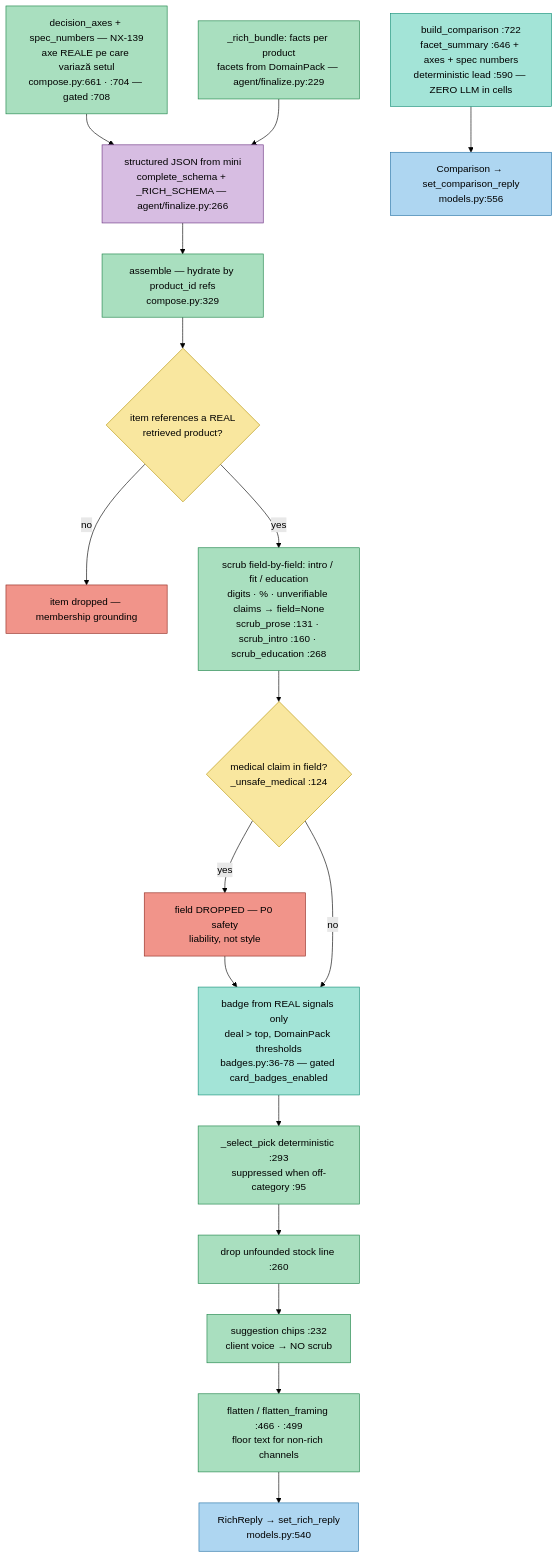
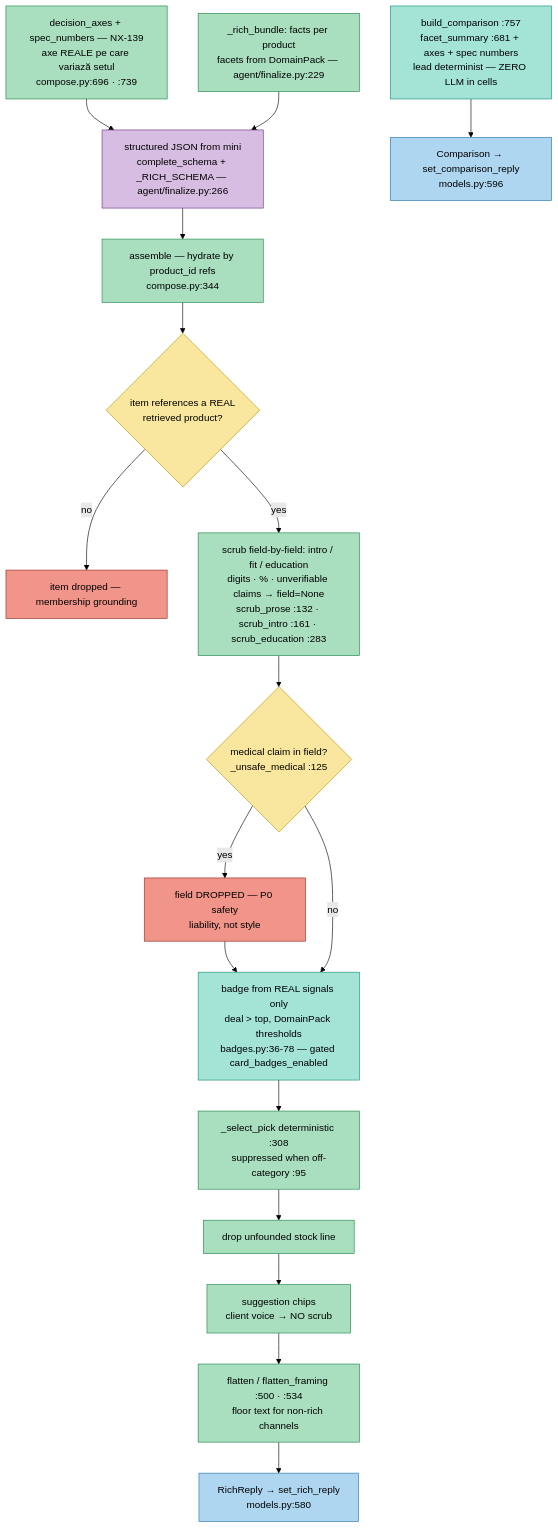
One commit to AdiBoaru/Sales-Ass changed the eighth of 14 diagrams in docs/ARCHITECTURE-WORKFLOWS.md. Above: the diagram before and after it, drawn with Mermaid (forest theme). The commit also changed other lines of this file, not shown here.

First line of the commit message:
docs: verificare simbol-cu-simbol a diagramelor 1/2/4c/7/8/9/10 — 58 pointeri reparati

````diff
--- a/docs/ARCHITECTURE-WORKFLOWS.md
+++ b/docs/ARCHITECTURE-WORKFLOWS.md
@@ -658,41 +658,41 @@
 ```mermaid
 flowchart TD
   classDef dec fill:#f9e79f,stroke:#b7950b,color:#000
   classDef llm fill:#d7bde2,stroke:#6c3483,color:#000
   classDef free fill:#a3e4d7,stroke:#148f77,color:#000
   classDef out fill:#aed6f1,stroke:#2874a6,color:#000
   classDef step fill:#a9dfbf,stroke:#1e8449,color:#000
   classDef err fill:#f1948a,stroke:#922b21,color:#000
 
-  AXES["decision_axes + spec_numbers — NX-139<br/>axe REALE pe care variază setul<br/>compose.py:661 · :704 — gated :708"]:::step
+  AXES["decision_axes + spec_numbers — NX-139<br/>axe REALE pe care variază setul<br/>compose.py:696 · :739"]:::step
   BNDL["_rich_bundle: facts per product<br/>facets from DomainPack — agent/finalize.py:229"]:::step
   JIN["structured JSON from mini<br/>complete_schema + _RICH_SCHEMA — agent/finalize.py:266"]:::llm
 
-  ASM["assemble — hydrate by product_id refs<br/>compose.py:329"]:::step
+  ASM["assemble — hydrate by product_id refs<br/>compose.py:344"]:::step
   MEM{"item references a REAL<br/>retrieved product?"}:::dec
   DROPI["item dropped — membership grounding"]:::err
 
-  SCRB["scrub field-by-field: intro / fit / education<br/>digits · % · unverifiable claims → field=None<br/>scrub_prose :131 · scrub_intro :160 · scrub_education :268"]:::step
-  MED{"medical claim in field?<br/>_unsafe_medical :124"}:::dec
+  SCRB["scrub field-by-field: intro / fit / education<br/>digits · % · unverifiable claims → field=None<br/>scrub_prose :132 · scrub_intro :161 · scrub_education :283"]:::step
+  MED{"medical claim in field?<br/>_unsafe_medical :125"}:::dec
   DROPF["field DROPPED — P0 safety<br/>liability, not style"]:::err
 
   BDG["badge from REAL signals only<br/>deal > top, DomainPack thresholds<br/>badges.py:36-78 — gated card_badges_enabled"]:::free
-  PICK["_select_pick deterministic :293<br/>suppressed when off-category :95"]:::step
-  STK["drop unfounded stock line :260"]:::step
-  CHIPS["suggestion chips :232<br/>client voice → NO scrub"]:::step
-  FLAT["flatten / flatten_framing :466 · :499<br/>floor text for non-rich channels"]:::step
-  OUTR["RichReply → set_rich_reply<br/>models.py:540"]:::out
+  PICK["_select_pick deterministic :308<br/>suppressed when off-category :95"]:::step
+  STK["drop unfounded stock line"]:::step
+  CHIPS["suggestion chips<br/>client voice → NO scrub"]:::step
+  FLAT["flatten / flatten_framing :500 · :534<br/>floor text for non-rich channels"]:::step
+  OUTR["RichReply → set_rich_reply<br/>models.py:580"]:::out
 
-  CMPB["build_comparison :722<br/>facet_summary :646 + axes + spec numbers<br/>deterministic lead :590 — ZERO LLM in cells"]:::free
-  OUTC["Comparison → set_comparison_reply<br/>models.py:556"]:::out
+  CMPB["build_comparison :757<br/>facet_summary :681 + axes + spec numbers<br/>lead determinist — ZERO LLM in cells"]:::free
+  OUTC["Comparison → set_comparison_reply<br/>models.py:596"]:::out
 
   AXES --> JIN
   BNDL --> JIN
   JIN --> ASM --> MEM
   MEM -- no --> DROPI
   MEM -- yes --> SCRB --> MED
   MED -- yes --> DROPF --> BDG
   MED -- no --> BDG
   BDG --> PICK --> STK --> CHIPS --> FLAT --> OUTR
   CMPB --> OUTC
 ```
````
